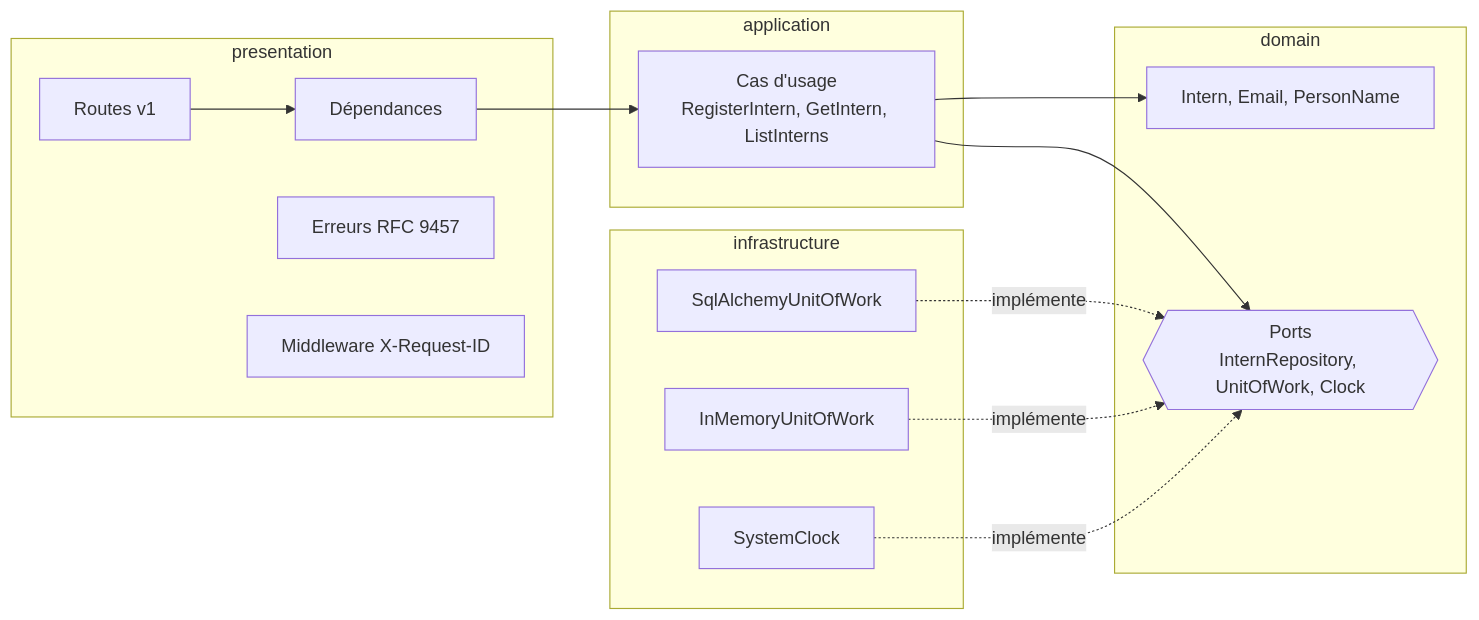
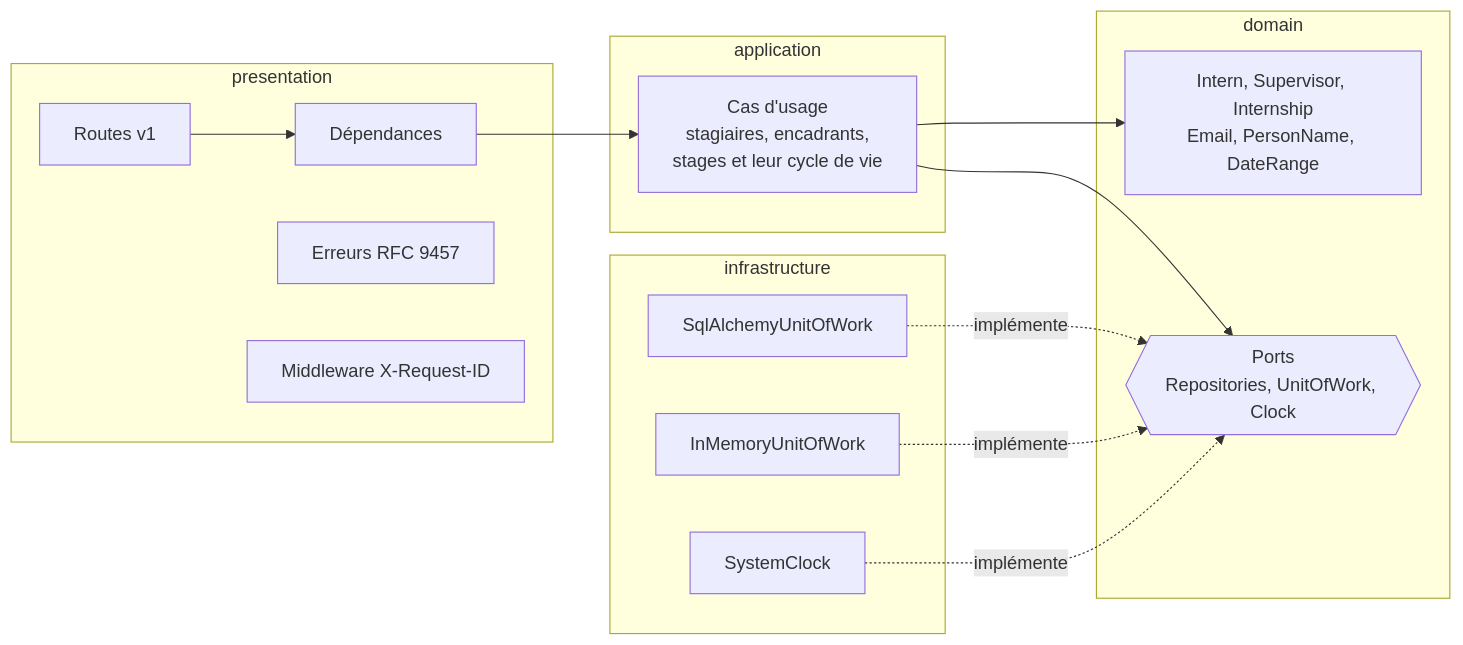
The third of 3 diagrams in docs/architecture/README.md (abdsmd1/internflow), drawn with Mermaid before and after one commit. The commit also changed other lines of this file and 4 other files, not shown here.

````diff
--- a/docs/architecture/README.md
+++ b/docs/architecture/README.md
@@ -54,26 +54,26 @@
 ```mermaid
 flowchart LR
     subgraph presentation
         routes[Routes v1] --> deps[Dépendances]
         errors[Erreurs RFC 9457]
         mw[Middleware X-Request-ID]
     end
     subgraph application
-        uc[Cas d'usage<br/>RegisterIntern, GetIntern, ListInterns]
+        uc[Cas d'usage<br/>stagiaires, encadrants,<br/>stages et leur cycle de vie]
     end
     subgraph domain
-        ent[Intern, Email, PersonName]
-        ports{{Ports<br/>InternRepository, UnitOfWork, Clock}}
+        ent[Intern, Supervisor, Internship<br/>Email, PersonName, DateRange]
+        ports{{Ports<br/>Repositories, UnitOfWork, Clock}}
     end
     subgraph infrastructure
         sql[SqlAlchemyUnitOfWork]
         mem[InMemoryUnitOfWork]
         clk[SystemClock]
     end
 
     deps --> uc --> ent
     uc --> ports
     sql -. implémente .-> ports
     mem -. implémente .-> ports
     clk -. implémente .-> ports
 ```
````
